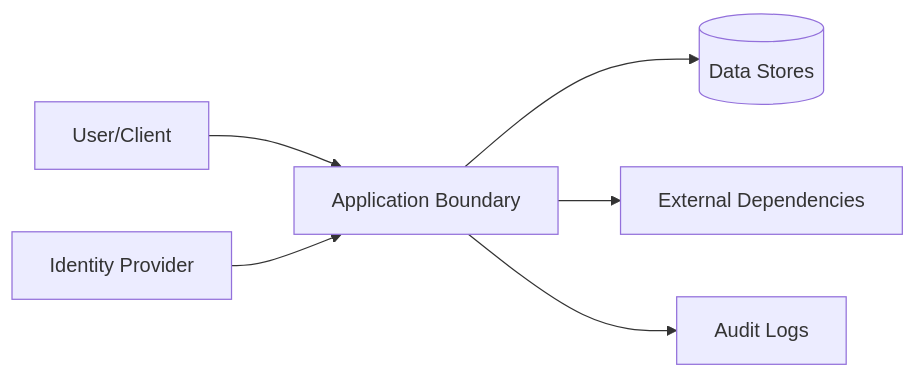
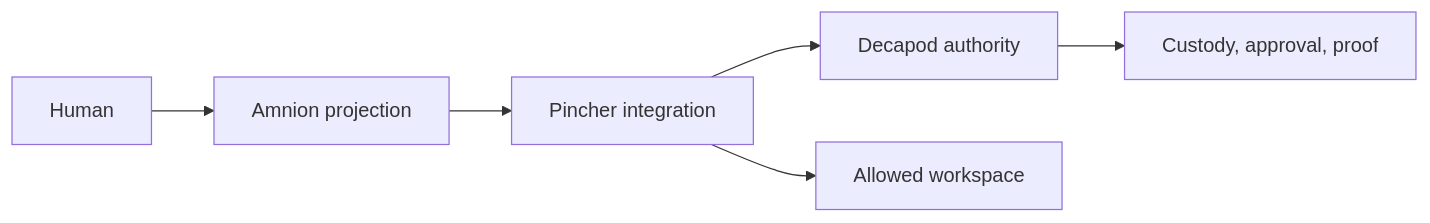
The diagram in .decapod/generated/specs/SECURITY.md (DecapodLabs/amnion), drawn with Mermaid before and after one commit. The commit also changed other lines of this file and 34 other files, not shown here.

Commit message:
docs: define amnion as pincher host UI

````diff
--- a/.decapod/generated/specs/SECURITY.md
+++ b/.decapod/generated/specs/SECURITY.md
@@ -4,8 +25,8 @@
 ```mermaid
 flowchart LR
-   U[User/Client] --> A[Application Boundary]
-   A --> D[(Data Stores)]
-   A --> X[External Dependencies]
-   I[Identity Provider] --> A
-   A --> L[Audit Logs]
+  HUMAN[Human] --> UI[Amnion projection]
+  UI --> PINCHER[Pincher integration]
+  PINCHER --> DECAPOD[Decapod authority]
+  PINCHER --> REPO[Allowed workspace]
+  DECAPOD --> AUDIT[Custody, approval, proof]
 ```
````
